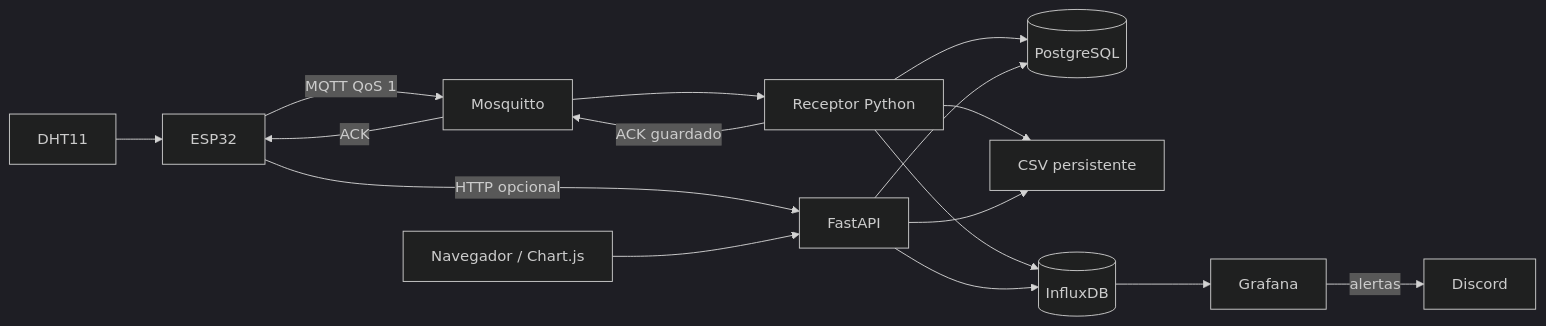
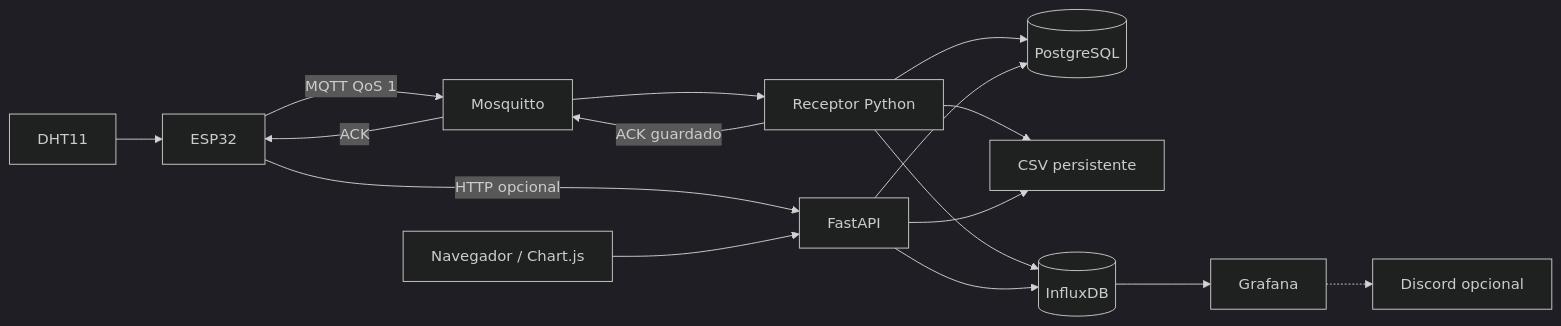
One commit to didcasva/Actividad_1_IoT_IA changed the diagram in docs/architecture.md. Above: the diagram before and after it, drawn with Mermaid (dark theme). The commit also changed other lines of this file and 12 other files, not shown here.

````diff
--- a/docs/architecture.md
+++ b/docs/architecture.md
@@ -5,18 +5,18 @@
 ```mermaid
 flowchart LR
   DHT11 --> ESP32
   ESP32 -->|MQTT QoS 1| Broker[Mosquitto]
   Broker --> Worker[Receptor Python]
   Worker --> PG
   Worker --> CSV
   Worker --> Influx[(InfluxDB)]
   Worker -->|ACK guardado| Broker
   Broker -->|ACK| ESP32
   ESP32 -->|HTTP opcional| API[FastAPI]
   API --> PG[(PostgreSQL)]
   API --> CSV[CSV persistente]
   API --> Influx
   Influx --> Grafana
-  Grafana -->|alertas| Discord
+  Grafana -.-> Discord[Discord opcional]
   Browser[Navegador / Chart.js] --> API
 ```
````
